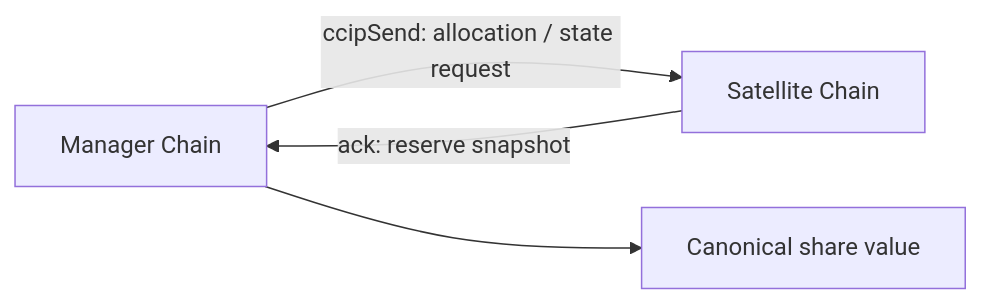
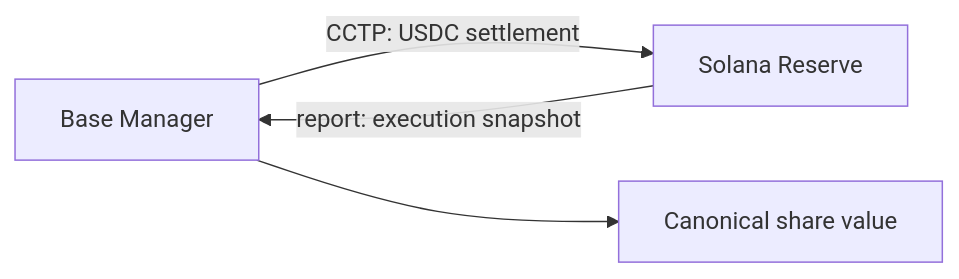
Before and after one commit to Ham3798/OmniETF: the first of 2 diagrams in slides.md, drawn with Mermaid. The commit also changed other lines of this file and 30 other files, not shown here.

````diff
--- a/slides.md
+++ b/slides.md
@@ -207,6 +207,6 @@
 ```mermaid
 flowchart LR
-  A["Manager Chain"] -->|"ccipSend: allocation / state request"| B["Satellite Chain"]
-  B -->|"ack: reserve snapshot"| A
+  A["Base Manager"] -->|"CCTP: USDC settlement"| B["Solana Reserve"]
+  B -->|"report: execution snapshot"| A
   A --> C["Canonical share value"]
 ```
````
